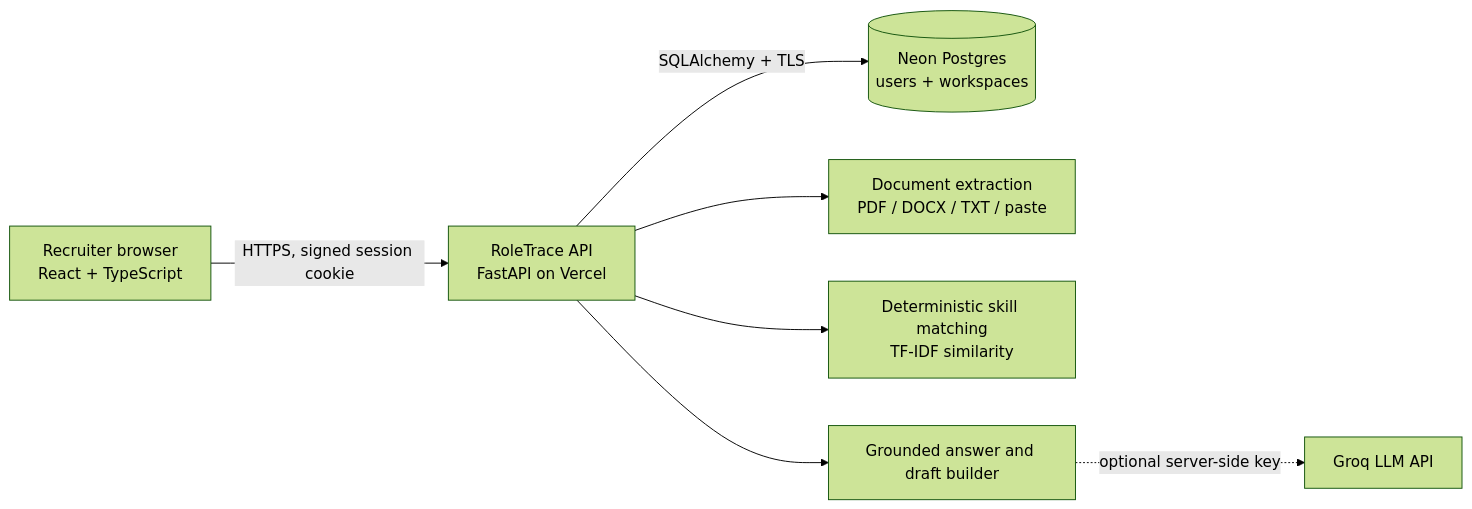
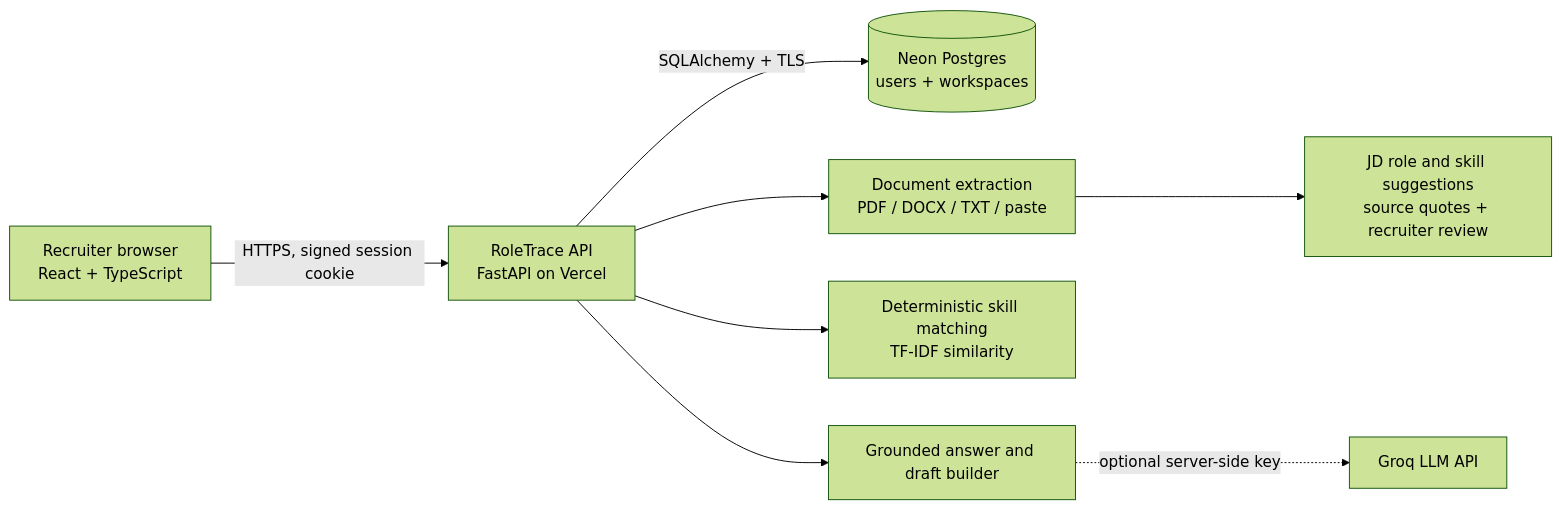
Before and after one commit to Yogi2809/ats-recruitment-service: the diagram in docs/HLD.md, drawn with Mermaid (forest theme). The commit also changed other lines of this file and 14 other files, not shown here.

Commit message:
Add recruiter review UI and validate JD extraction across sample roles

````diff
--- a/docs/HLD.md
+++ b/docs/HLD.md
@@ -11,9 +11,10 @@
 ```mermaid
 flowchart LR
     R[Recruiter browser<br/>React + TypeScript] -->|HTTPS, signed session cookie| A[RoleTrace API<br/>FastAPI on Vercel]
     A -->|SQLAlchemy + TLS| D[(Neon Postgres<br/>users + workspaces)]
     A --> P[Document extraction<br/>PDF / DOCX / TXT / paste]
+    P --> E[JD role and skill suggestions<br/>source quotes + recruiter review]
     A --> M[Deterministic skill matching<br/>TF-IDF similarity]
     A --> C[Grounded answer and draft builder]
     C -. optional server-side key .-> G[Groq LLM API]
 ```
````
